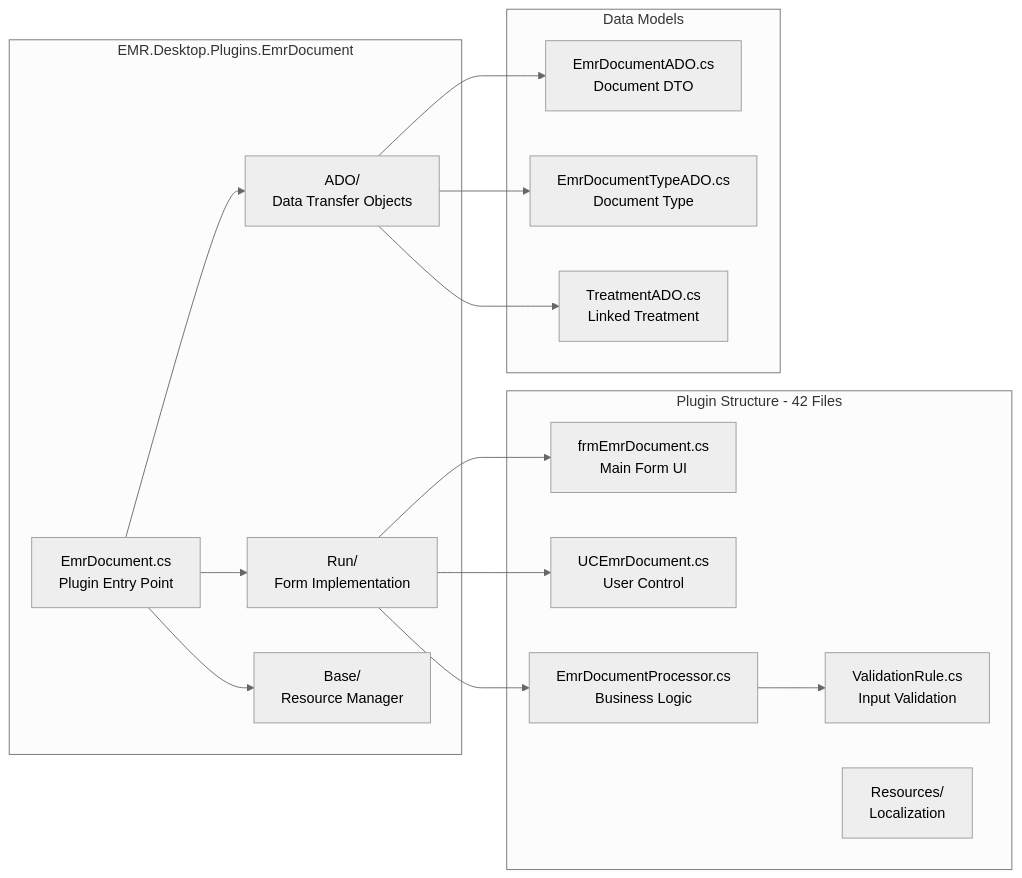
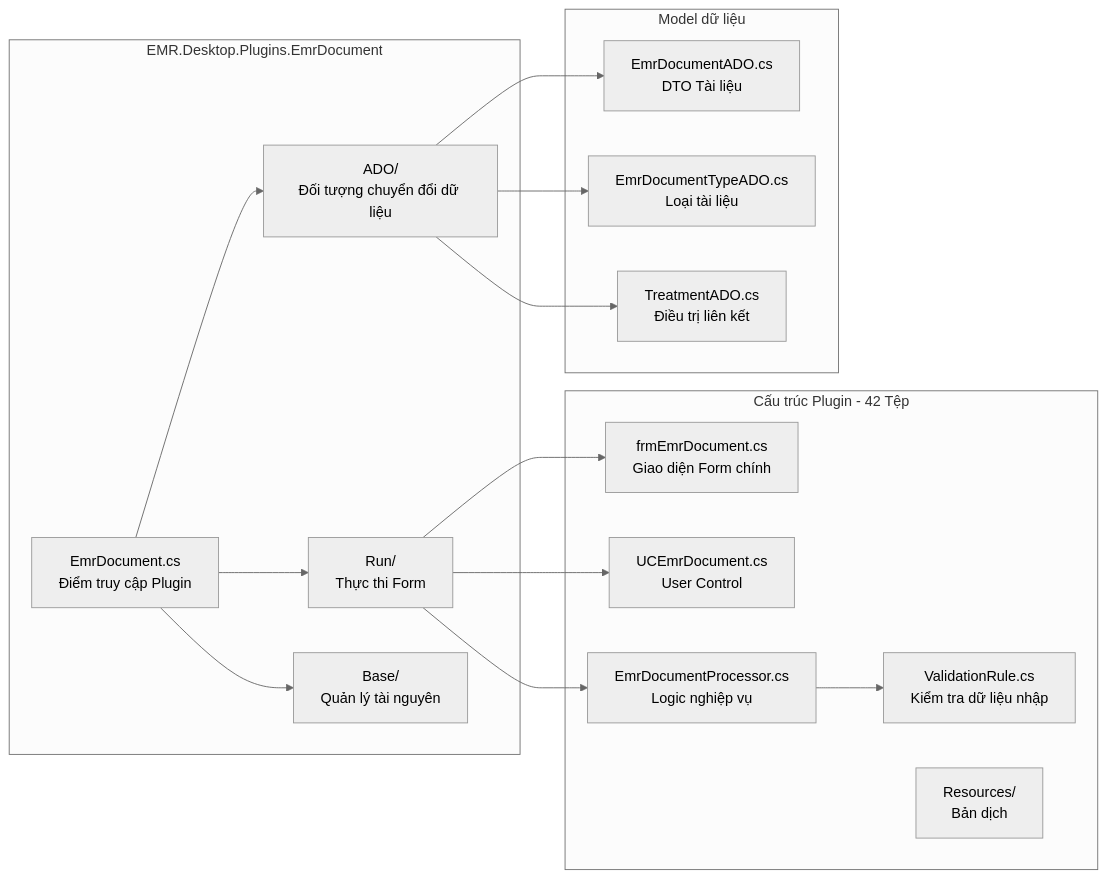
One commit to thangpnb/HIS changed diagram 11 of 16 in docs/his-ba-documentation/03-business-domains/administration/access-control.md. Above: the diagram before and after it, drawn with Mermaid (neutral theme). The commit also changed other lines of this file and 30 other files, not shown here.

Commit message:
Refactor architecture docs and update translations

````diff
--- a/docs/his-ba-documentation/03-business-domains/administration/access-control.md
+++ b/docs/his-ba-documentation/03-business-domains/administration/access-control.md
@@ -628,34 +625,34 @@
 ```mermaid
 graph LR
     subgraph "EMR.Desktop.Plugins.EmrDocument"
-        Entry["EmrDocument.cs<br/>Plugin Entry Point"]
-        Run["Run/<br/>Form Implementation"]
-        ADO["ADO/<br/>Data Transfer Objects"]
-        Base["Base/<br/>Resource Manager"]
+        Entry["EmrDocument.cs<br/>Điểm truy cập Plugin"]
+        Run["Run/<br/>Thực thi Form"]
+        ADO["ADO/<br/>Đối tượng chuyển đổi dữ liệu"]
+        Base["Base/<br/>Quản lý tài nguyên"]
     end
     
-    subgraph "Plugin Structure - 42 Files"
-        FormMain["frmEmrDocument.cs<br/>Main Form UI"]
+    subgraph "Cấu trúc Plugin - 42 Tệp"
+        FormMain["frmEmrDocument.cs<br/>Giao diện Form chính"]
         UCDocument["UCEmrDocument.cs<br/>User Control"]
-        Processor["EmrDocumentProcessor.cs<br/>Business Logic"]
-        Validation["ValidationRule.cs<br/>Input Validation"]
-        Resources["Resources/<br/>Localization"]
+        Processor["EmrDocumentProcessor.cs<br/>Logic nghiệp vụ"]
+        Validation["ValidationRule.cs<br/>Kiểm tra dữ liệu nhập"]
+        Resources["Resources/<br/>Bản dịch"]
     end
     
-    subgraph "Data Models"
-        EmrDocumentADO["EmrDocumentADO.cs<br/>Document DTO"]
-        EmrDocTypeADO["EmrDocumentTypeADO.cs<br/>Document Type"]
-        TreatmentADO["TreatmentADO.cs<br/>Linked Treatment"]
+    subgraph "Model dữ liệu"
+        EmrDocumentADO["EmrDocumentADO.cs<br/>DTO Tài liệu"]
+        EmrDocTypeADO["EmrDocumentTypeADO.cs<br/>Loại tài liệu"]
+        TreatmentADO["TreatmentADO.cs<br/>Điều trị liên kết"]
     end
     
     Entry --> Run
     Entry --> ADO
     Entry --> Base
     Run --> FormMain
     Run --> UCDocument
     Run --> Processor
     ADO --> EmrDocumentADO
     ADO --> EmrDocTypeADO
     ADO --> TreatmentADO
     Processor --> Validation
 ```
````
